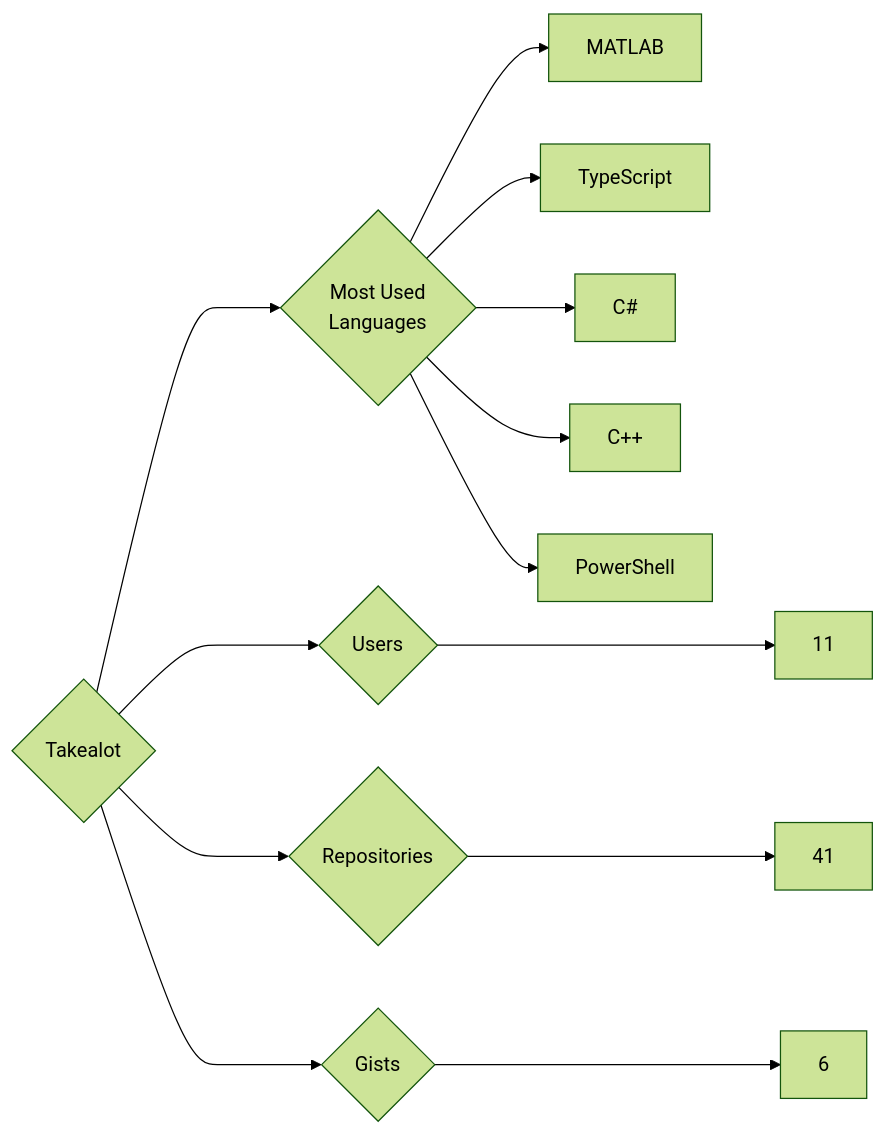
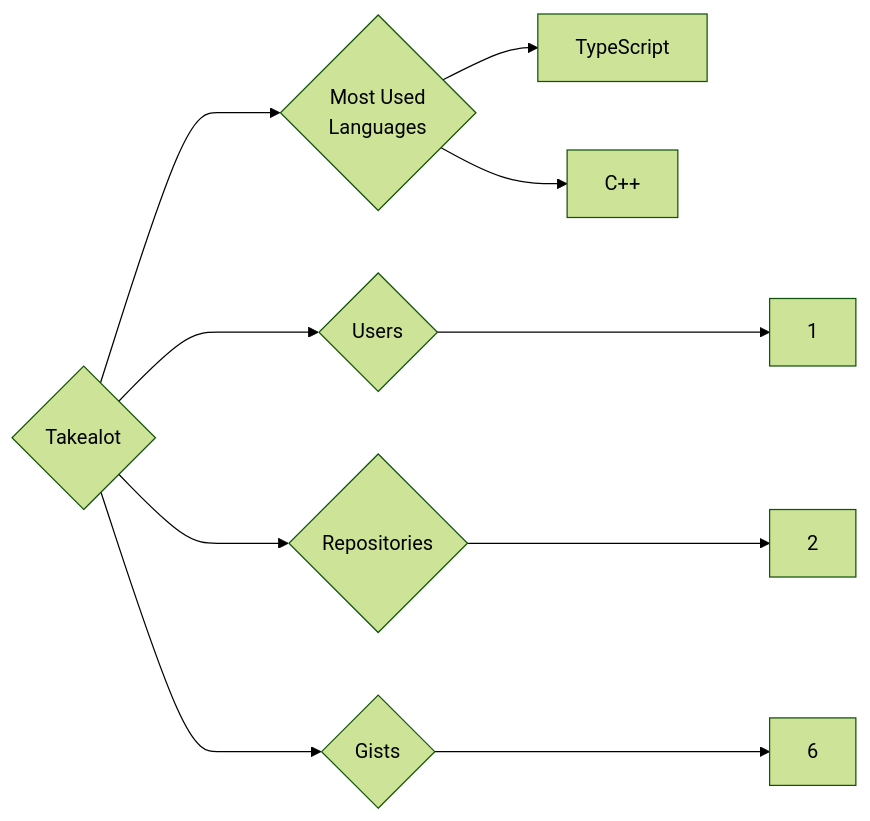
One commit to trickest/insiders changed the diagram in targets/Takealot/README.md. Above: the diagram before and after it, drawn with Mermaid (forest theme). The commit also changed 715 other files, not shown here.

````diff
--- a/targets/Takealot/README.md
+++ b/targets/Takealot/README.md
@@ -3,13 +3,10 @@
 ```mermaid
 graph LR
 COMPANY_NAME{Takealot}
-COMPANY_NAME ---> U{Users} ---> UN[11]
-COMPANY_NAME ---> R{Repositories} ---> RN[41]
+COMPANY_NAME ---> U{Users} ---> UN[1]
+COMPANY_NAME ---> R{Repositories} ---> RN[2]
 COMPANY_NAME ---> G{Gists} ---> GN[6]
 COMPANY_NAME ---> ML{Most Used<br>Languages}
-ML --> MATLAB[MATLAB]
 ML --> TypeScript[TypeScript]
-ML --> C#[C#]
 ML --> C++[C++]
-ML --> PowerShell[PowerShell]
 ```
````
